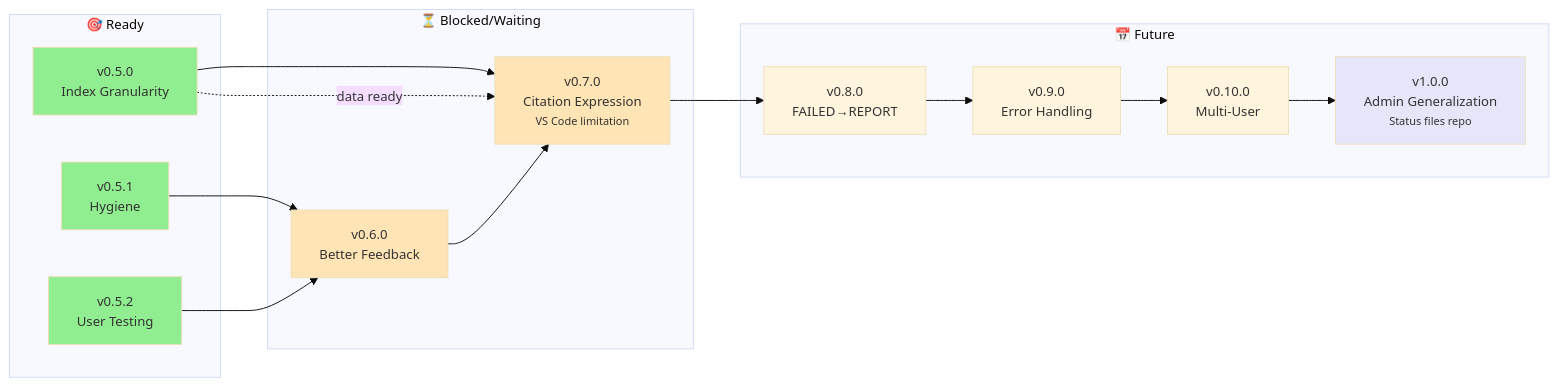
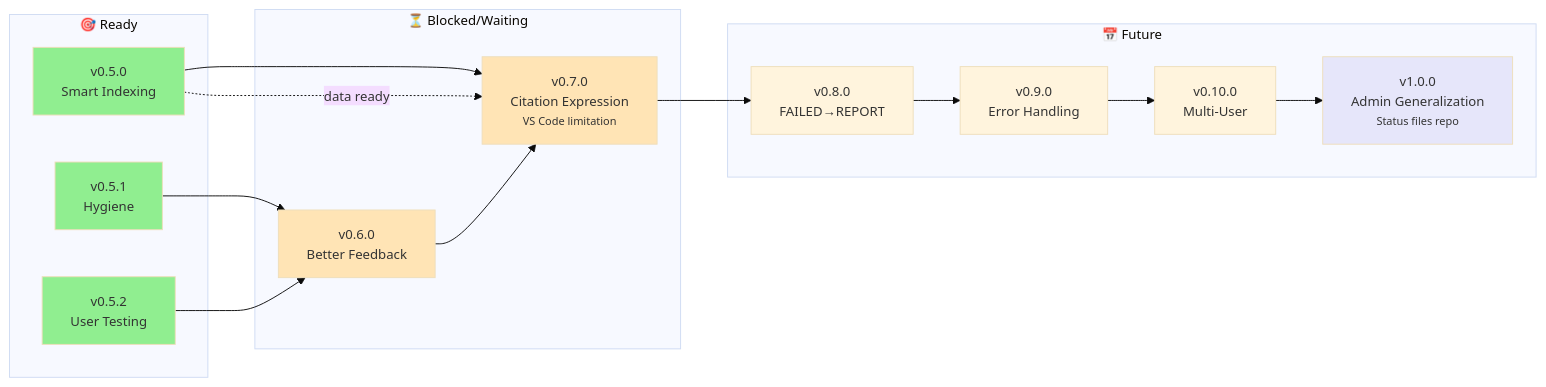
Before and after one commit to nonlinear/personal-library: the diagram in engine/docs/ROADMAP.md, drawn with Mermaid. The commit also changed other lines of this file, not shown here.

First line of the commit message:
docs: rename v0.5.0 to 'Smart Indexing' + add global/project command syntax to v1.0.0

````diff
--- a/engine/docs/ROADMAP.md
+++ b/engine/docs/ROADMAP.md
@@ -3,38 +3,38 @@
 ```mermaid
 %%{init: {'theme':'base', 'themeVariables': { 'fontSize':'14px'}}}%%
 graph LR
     subgraph "🎯 Ready"
-        V5A[v0.5.0<br/>Index Granularity]
+        V5A[v0.5.0<br/>Smart Indexing]
         V5B[v0.5.1<br/>Hygiene]
         V5C[v0.5.2<br/>User Testing]
     end
 
     subgraph "⏳ Blocked/Waiting"
         V7[v0.7.0<br/>Citation Expression<br/><small>VS Code limitation</small>]
         V6[v0.6.0<br/>Better Feedback]
     end
 
     subgraph "📅 Future"
         V8[v0.8.0<br/>FAILED→REPORT]
         V9[v0.9.0<br/>Error Handling]
         V10[v0.10.0<br/>Multi-User]
         ADMIN[v1.0.0<br/>Admin Generalization<br/><small>Status files repo</small>]
     end
 
     V5A --> V7
     V5A -.data ready.-> V7
     V5B --> V6
     V5C --> V6
     V6 --> V7
     V7 --> V8
     V8 --> V9
     V9 --> V10
     V10 --> ADMIN
 
     style V5A fill:#90EE90
     style V5B fill:#90EE90
     style V5C fill:#90EE90
     style V7 fill:#FFE4B5
     style V6 fill:#FFE4B5
     style ADMIN fill:#E6E6FA
 ```
````
